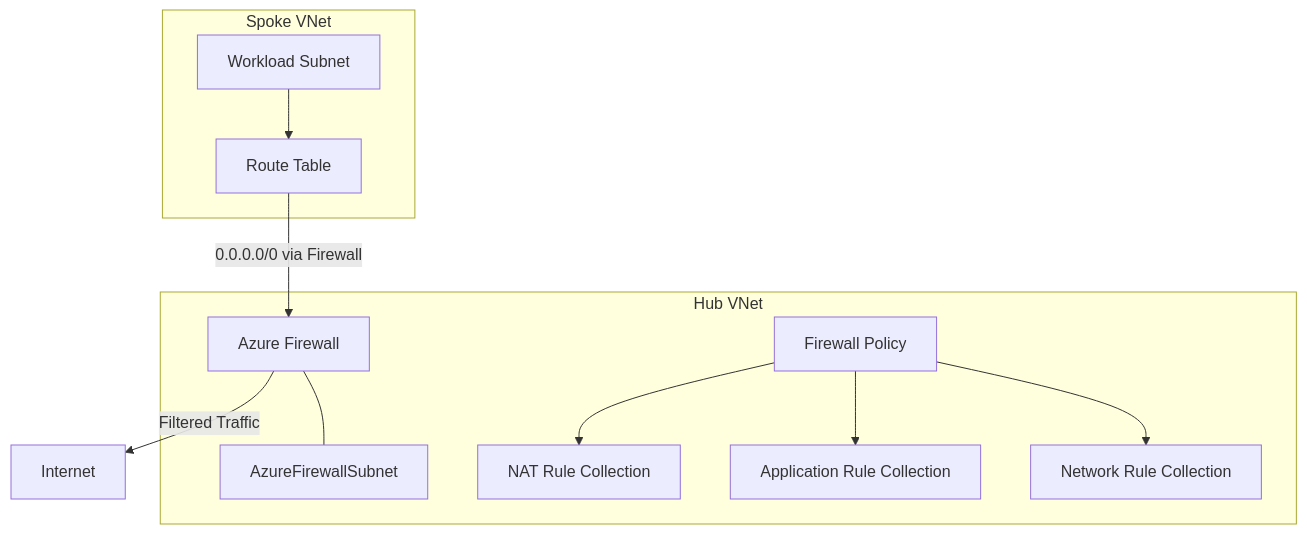
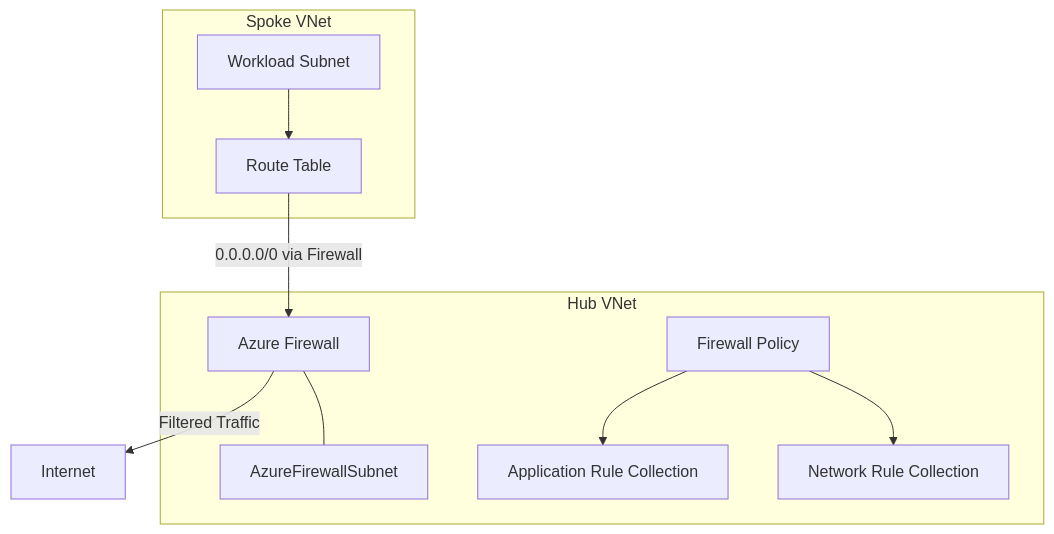
One commit to OneUptime/blog changed the diagram in posts/2026-02-16-how-to-deploy-azure-firewall-with-network-rule-collections-using-bicep/README.md. Above: the diagram before and after it, drawn with Mermaid. The commit also changed other lines of this file and 2 other files, not shown here.

Commit message:
validate: 2026-02-16-how-to-deploy-azure-firewall-with-network-rule-collections-using-bicep

````diff
--- a/posts/2026-02-16-how-to-deploy-azure-firewall-with-network-rule-collections-using-bicep/README.md
+++ b/posts/2026-02-16-how-to-deploy-azure-firewall-with-network-rule-collections-using-bicep/README.md
@@ -17,15 +17,14 @@
 ```mermaid
 graph TB
     subgraph "Hub VNet"
         A[Azure Firewall] --- B[AzureFirewallSubnet]
         C[Firewall Policy]
         C --> D[Network Rule Collection]
         C --> E[Application Rule Collection]
-        C --> F[NAT Rule Collection]
     end
     subgraph "Spoke VNet"
         G[Workload Subnet] --> H[Route Table]
     end
     H -->|0.0.0.0/0 via Firewall| A
     A -->|Filtered Traffic| I[Internet]
 ```
````
